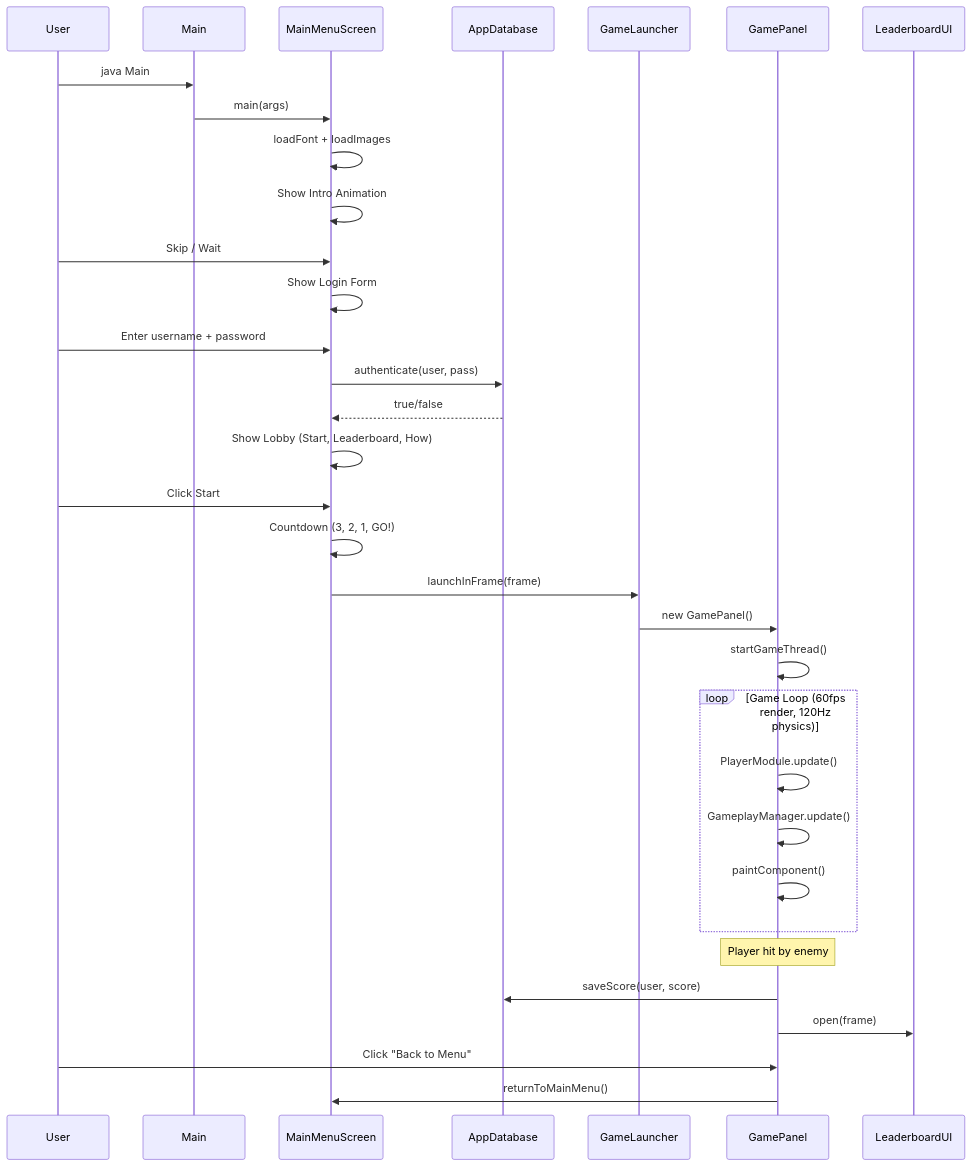
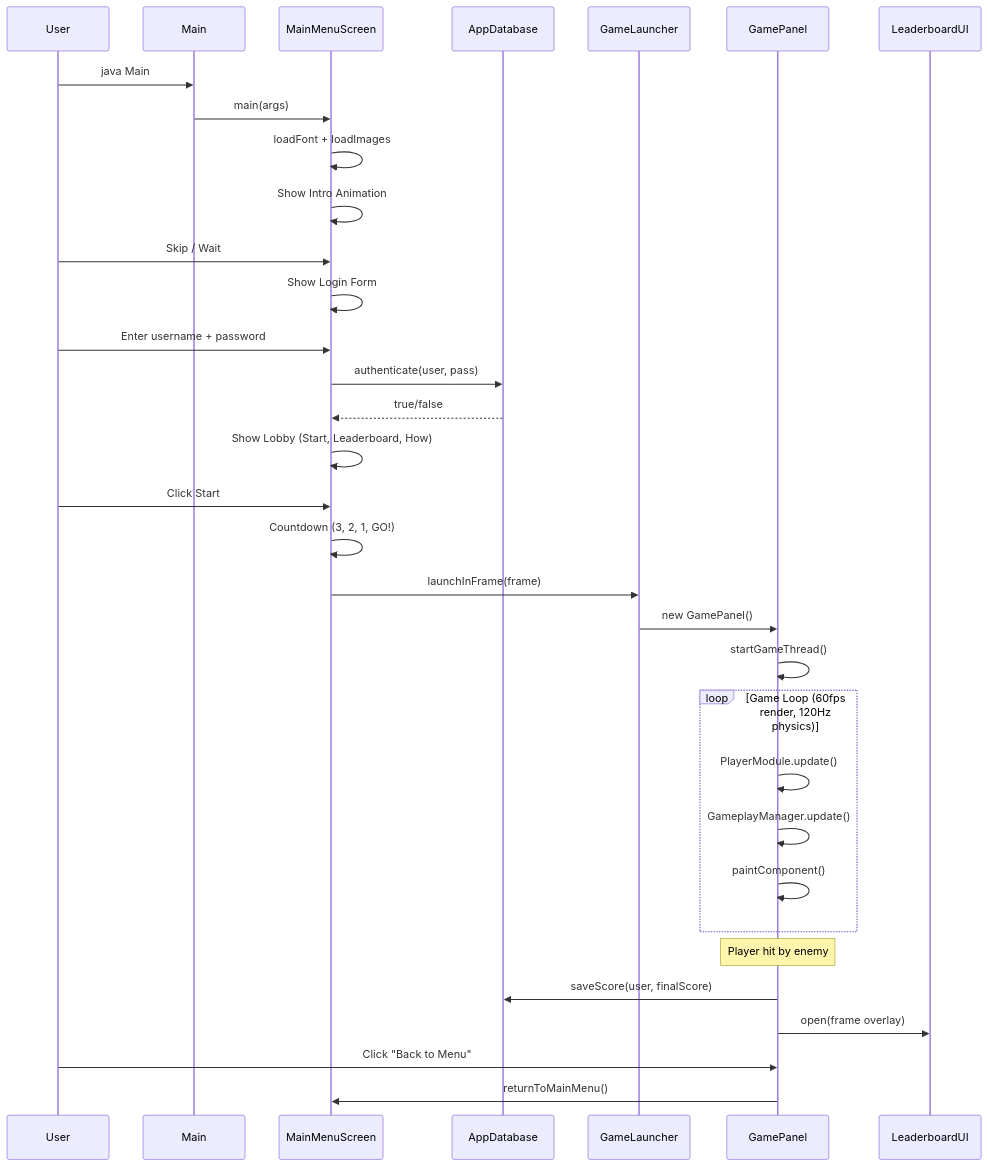
Before and after one commit to zAxn1e/ayutthaya-racing: the third of 9 diagrams in docs/architecture.md, drawn with Mermaid. The commit also changed other lines of this file and 20 other files, not shown here.

Commit message:
refresh docs, modernize in-game pause overlay, and clean up leaderboard UI

````diff
--- a/docs/architecture.md
+++ b/docs/architecture.md
@@ -144,44 +144,44 @@
 ```mermaid
 sequenceDiagram
     participant User
     participant Main
     participant MainMenuScreen
     participant AppDatabase
     participant GameLauncher
     participant GamePanel
     participant LeaderboardUI
 
     User->>Main: java Main
     Main->>MainMenuScreen: main(args)
     MainMenuScreen->>MainMenuScreen: loadFont + loadImages
     MainMenuScreen->>MainMenuScreen: Show Intro Animation
 
     User->>MainMenuScreen: Skip / Wait
     MainMenuScreen->>MainMenuScreen: Show Login Form
 
     User->>MainMenuScreen: Enter username + password
     MainMenuScreen->>AppDatabase: authenticate(user, pass)
     AppDatabase-->>MainMenuScreen: true/false
 
     MainMenuScreen->>MainMenuScreen: Show Lobby (Start, Leaderboard, How)
 
     User->>MainMenuScreen: Click Start
     MainMenuScreen->>MainMenuScreen: Countdown (3, 2, 1, GO!)
     MainMenuScreen->>GameLauncher: launchInFrame(frame)
     GameLauncher->>GamePanel: new GamePanel()
     GamePanel->>GamePanel: startGameThread()
 
     loop Game Loop (60fps render, 120Hz physics)
         GamePanel->>GamePanel: PlayerModule.update()
         GamePanel->>GamePanel: GameplayManager.update()
         GamePanel->>GamePanel: paintComponent()
     end
 
     Note over GamePanel: Player hit by enemy
 
-    GamePanel->>AppDatabase: saveScore(user, score)
-    GamePanel->>LeaderboardUI: open(frame)
+    GamePanel->>AppDatabase: saveScore(user, finalScore)
+    GamePanel->>LeaderboardUI: open(frame overlay)
 
     User->>GamePanel: Click "Back to Menu"
     GamePanel->>MainMenuScreen: returnToMainMenu()
 ```
````
